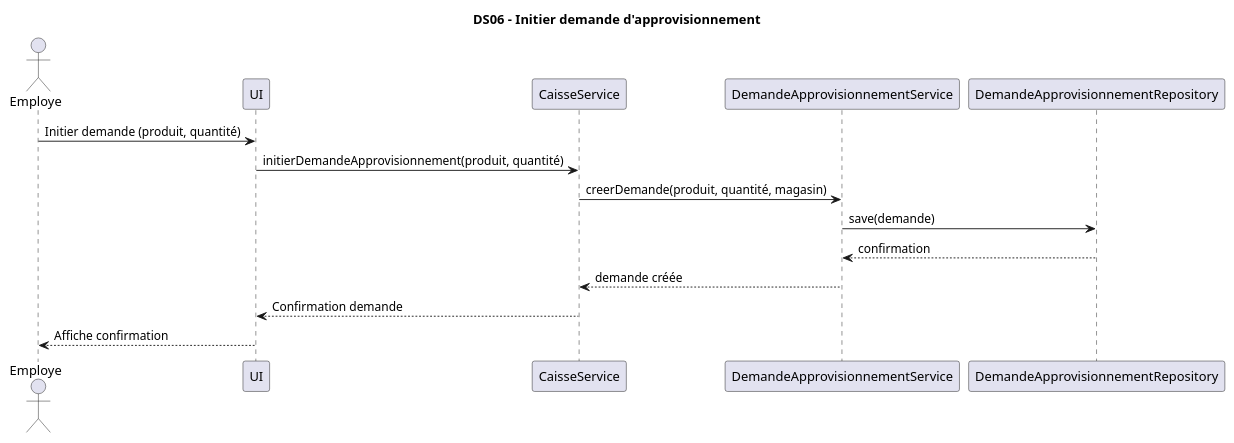
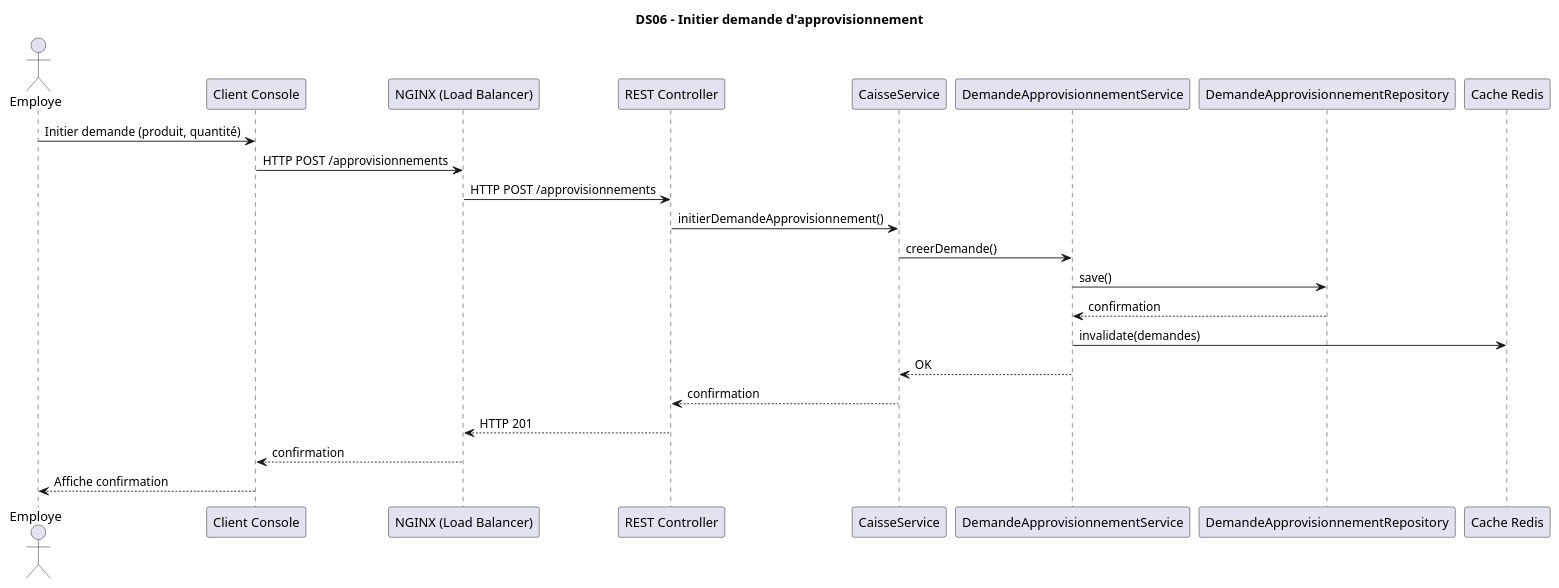
One commit to NathanGasseau/LOG430-01-Labo-04 changed the diagram in docs/UML/DiagrammesDeSequence/DS06-InitierDemandeApprovisionnement.puml. Above: the diagram before and after it, drawn with PlantUML. The commit also changed 10 other files, not shown here.

```diff
--- a/docs/UML/DiagrammesDeSequence/DS06-InitierDemandeApprovisionnement.puml
+++ b/docs/UML/DiagrammesDeSequence/DS06-InitierDemandeApprovisionnement.puml
@@ -1,20 +1,26 @@
 @startuml
-
 title DS06 – Initier demande d'approvisionnement
 
 actor Employe
-participant UI
+participant "Client Console" as UI
+participant "NGINX (Load Balancer)" as NGINX
+participant "REST Controller" as Controller
 participant CaisseService
 participant DemandeApprovisionnementService
 participant DemandeApprovisionnementRepository
+participant "Cache Redis" as Redis
 
 Employe -> UI : Initier demande (produit, quantité)
-UI -> CaisseService : initierDemandeApprovisionnement(produit, quantité)
-CaisseService -> DemandeApprovisionnementService : creerDemande(produit, quantité, magasin)
-DemandeApprovisionnementService -> DemandeApprovisionnementRepository : save(demande)
+UI -> NGINX : HTTP POST /approvisionnements
+NGINX -> Controller : HTTP POST /approvisionnements
+Controller -> CaisseService : initierDemandeApprovisionnement()
+CaisseService -> DemandeApprovisionnementService : creerDemande()
+DemandeApprovisionnementService -> DemandeApprovisionnementRepository : save()
 DemandeApprovisionnementRepository --> DemandeApprovisionnementService : confirmation
-DemandeApprovisionnementService --> CaisseService : demande créée
-CaisseService --> UI : Confirmation demande
+DemandeApprovisionnementService -> Redis : invalidate(demandes)
+DemandeApprovisionnementService --> CaisseService : OK
+CaisseService --> Controller : confirmation
+Controller --> NGINX : HTTP 201
+NGINX --> UI : confirmation
 UI --> Employe : Affiche confirmation
-
 @enduml
```
